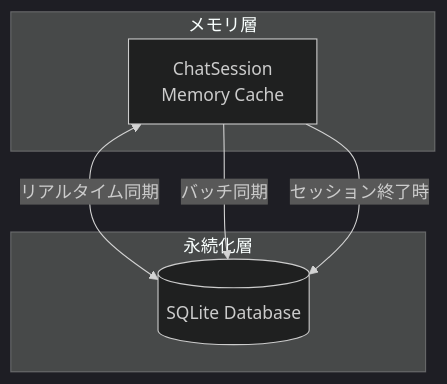
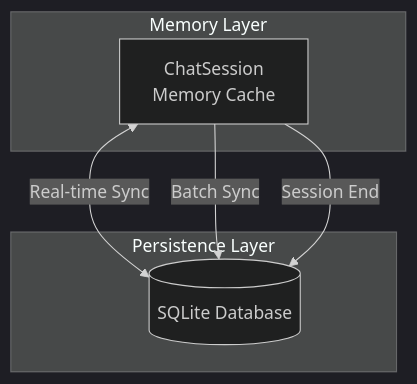
One commit to fluxrozin/kotonoha-bot changed the second of 3 diagrams in docs/architecture/database-design.md. Above: the diagram before and after it, drawn with Mermaid (dark theme). The commit also changed other lines of this file and 16 other files, not shown here.

````diff
--- a/docs/architecture/database-design.md
+++ b/docs/architecture/database-design.md
@@ -186,14 +98,14 @@
 ```mermaid
 graph TB
-    subgraph "メモリ層"
+    subgraph "Memory Layer"
         MemSession[ChatSession<br/>Memory Cache]
     end
 
-    subgraph "永続化層"
+    subgraph "Persistence Layer"
         SQLite[(SQLite Database)]
     end
 
-    MemSession <-->|リアルタイム同期| SQLite
-    MemSession -->|バッチ同期| SQLite
-    MemSession -->|セッション終了時| SQLite
+    MemSession <-->|Real-time Sync| SQLite
+    MemSession -->|Batch Sync| SQLite
+    MemSession -->|Session End| SQLite
 ```
````
